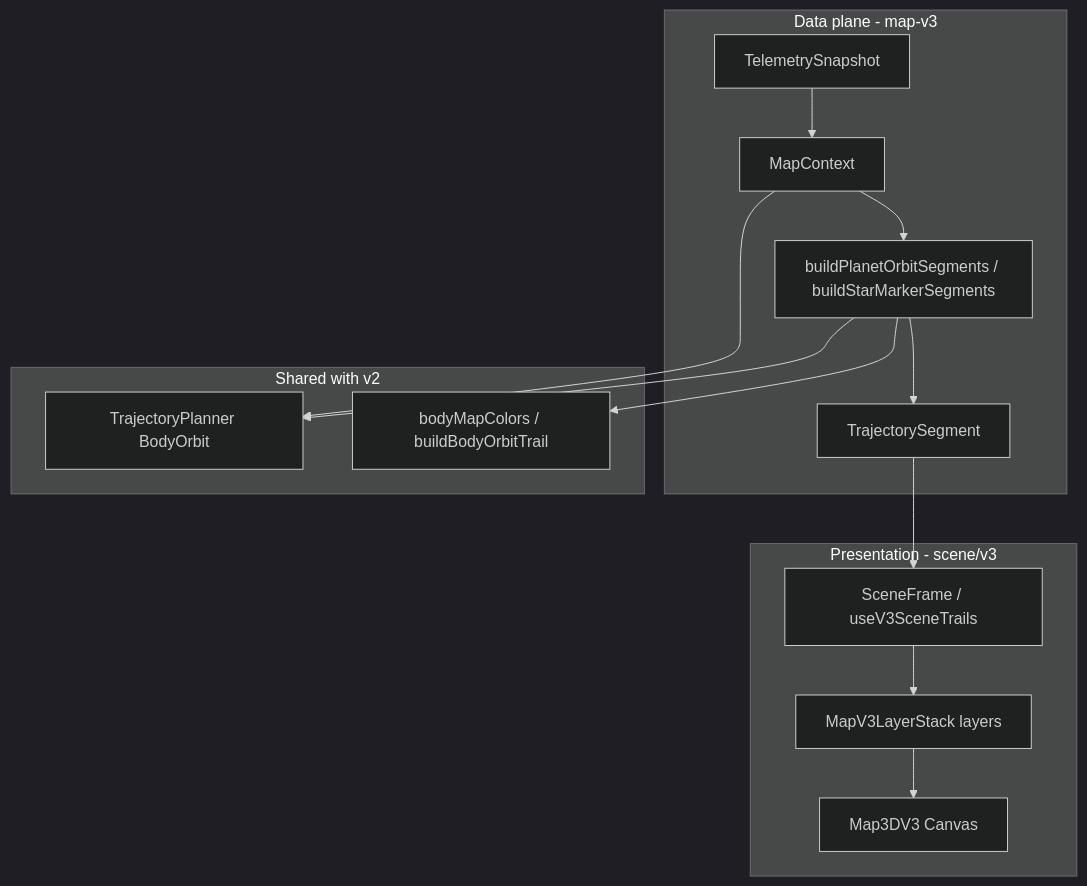
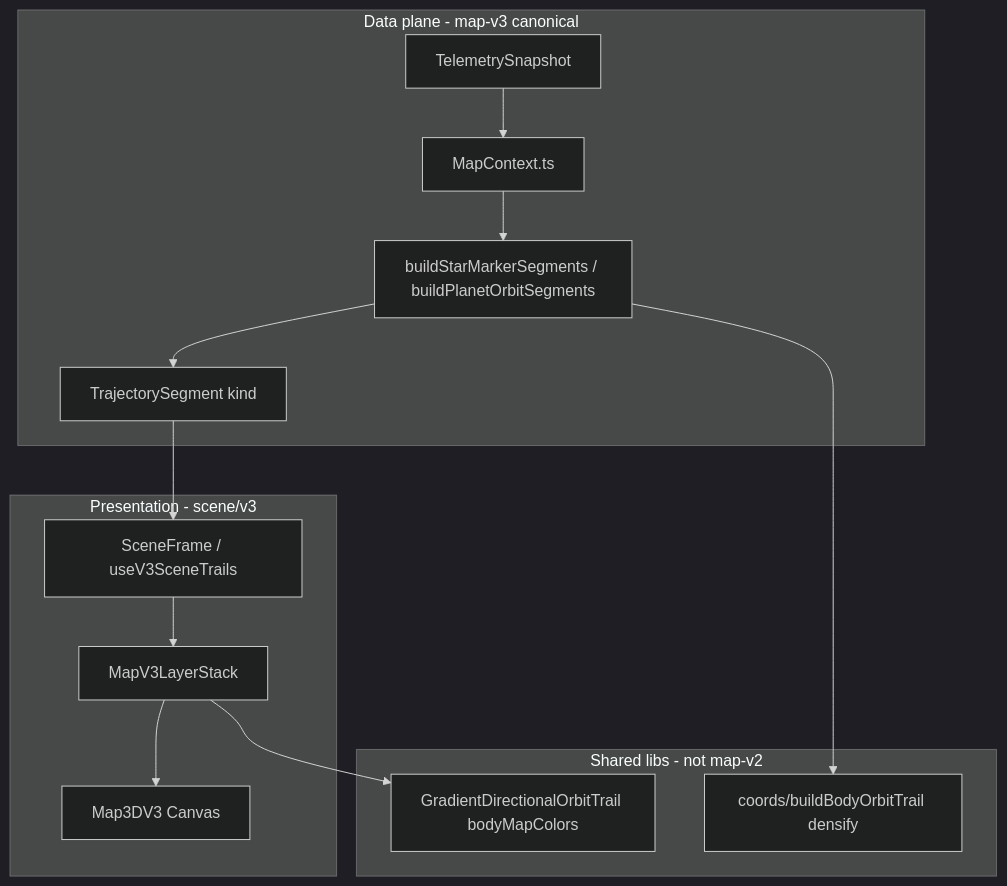
Before and after one commit to Kotagi/KSPCOMMAND: the diagram in docs/MAP_V3_PROGRAM_STATE.md, drawn with Mermaid (dark theme). The commit also changed other lines of this file and 22 other files, not shown here.

````diff
--- a/docs/MAP_V3_PROGRAM_STATE.md
+++ b/docs/MAP_V3_PROGRAM_STATE.md
@@ -23,23 +24,22 @@
 ```mermaid
 flowchart TB
-  subgraph data [Data plane - map-v3]
+  subgraph data [Data plane - map-v3 canonical]
     T[TelemetrySnapshot]
-    MC[MapContext]
-    BS[buildPlanetOrbitSegments / buildStarMarkerSegments]
-    SEG[TrajectorySegment]
+    MC[MapContext.ts]
+    BS[buildStarMarkerSegments / buildPlanetOrbitSegments]
+    SEG[TrajectorySegment kind]
     T --> MC --> BS --> SEG
   end
   subgraph presentation [Presentation - scene/v3]
     SF[SceneFrame / useV3SceneTrails]
-    L[MapV3LayerStack layers]
+    L[MapV3LayerStack]
     GL[Map3DV3 Canvas]
     SEG --> SF --> L --> GL
   end
-  subgraph shared [Shared with v2]
-    TP[TrajectoryPlanner BodyOrbit]
-    COLORS[bodyMapColors / buildBodyOrbitTrail]
+  subgraph shared [Shared libs - not map-v2]
+    COORDS[coords/buildBodyOrbitTrail densify]
+    DRAW[GradientDirectionalOrbitTrail bodyMapColors]
   end
-  MC --> TP
-  BS --> TP
-  BS --> COLORS
+  BS --> COORDS
+  L --> DRAW
 ```
````
